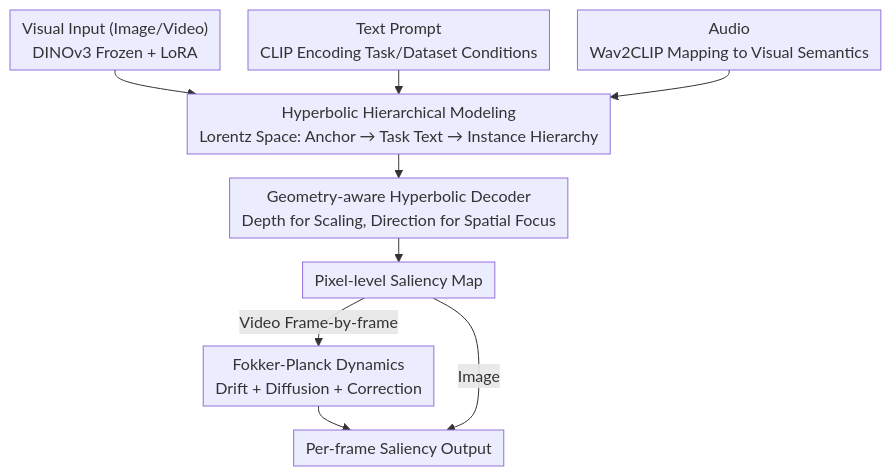
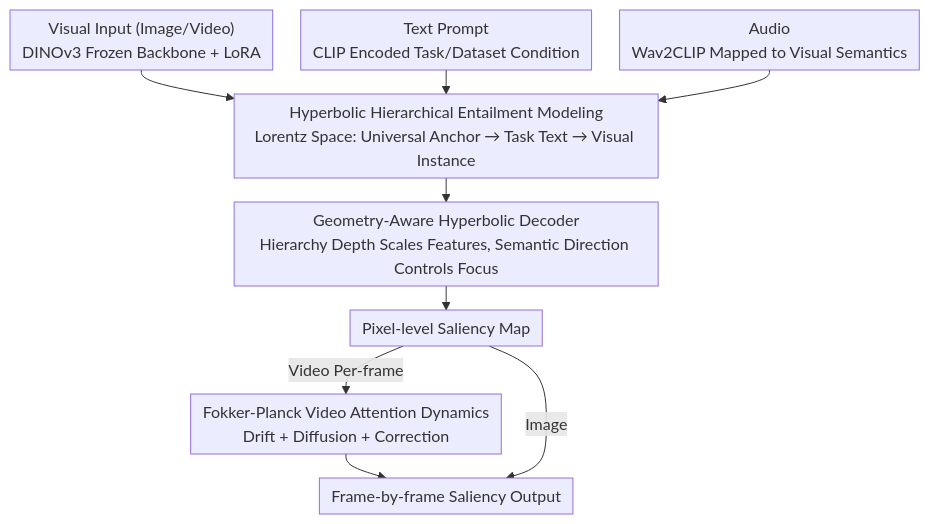
The diagram in docs/ICML2026/audio_speech/attend_to_anything_foundation_model_for_unified_human_attention_modeling.md (zhaoyang97/Paper-Notes-en), drawn with Mermaid before and after one commit. The commit also changed other lines of this file and 5084 other files, not shown here.

````diff
--- a/docs/ICML2026/audio_speech/attend_to_anything_foundation_model_for_unified_human_attention_modeling.md
+++ b/docs/ICML2026/audio_speech/attend_to_anything_foundation_model_for_unified_human_attention_modeling.md
@@ -41,12 +41,12 @@
 ```mermaid
 %%{init: {'flowchart': {'rankSpacing': 24, 'nodeSpacing': 28, 'padding': 6, 'wrappingWidth': 400}}}%%
 flowchart TD
-    V["Visual Input (Image/Video)<br/>DINOv3 Frozen + LoRA"] --> H
-    T["Text Prompt<br/>CLIP Encoding Task/Dataset Conditions"] --> H
-    A["Audio<br/>Wav2CLIP Mapping to Visual Semantics"] --> H
-    H["Hyperbolic Hierarchical Modeling<br/>Lorentz Space: Anchor → Task Text → Instance Hierarchy"] --> D
-    D["Geometry-aware Hyperbolic Decoder<br/>Depth for Scaling, Direction for Spatial Focus"] --> S["Pixel-level Saliency Map"]
-    S -->|Video Frame-by-frame| F["Fokker-Planck Dynamics<br/>Drift + Diffusion + Correction"]
-    F --> O["Per-frame Saliency Output"]
+    V["Visual Input (Image/Video)<br/>DINOv3 Frozen Backbone + LoRA"] --> H
+    T["Text Prompt<br/>CLIP Encoded Task/Dataset Condition"] --> H
+    A["Audio<br/>Wav2CLIP Mapped to Visual Semantics"] --> H
+    H["Hyperbolic Hierarchical Entailment Modeling<br/>Lorentz Space: Universal Anchor → Task Text → Visual Instance"] --> D
+    D["Geometry-Aware Hyperbolic Decoder<br/>Hierarchy Depth Scales Features, Semantic Direction Controls Focus"] --> S["Pixel-level Saliency Map"]
+    S -->|Video Per-frame| F["Fokker-Planck Video Attention Dynamics<br/>Drift + Diffusion + Correction"]
+    F --> O["Frame-by-frame Saliency Output"]
     S -->|Image| O
 ```
````
